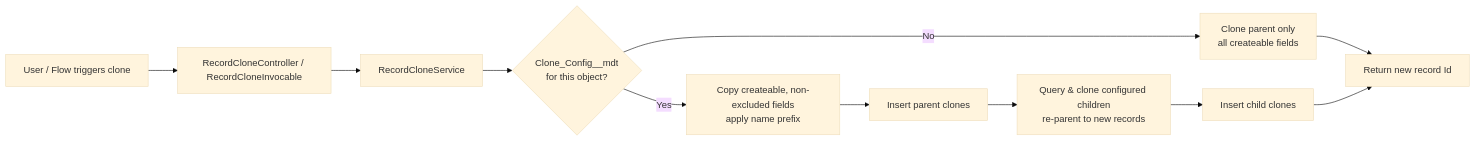
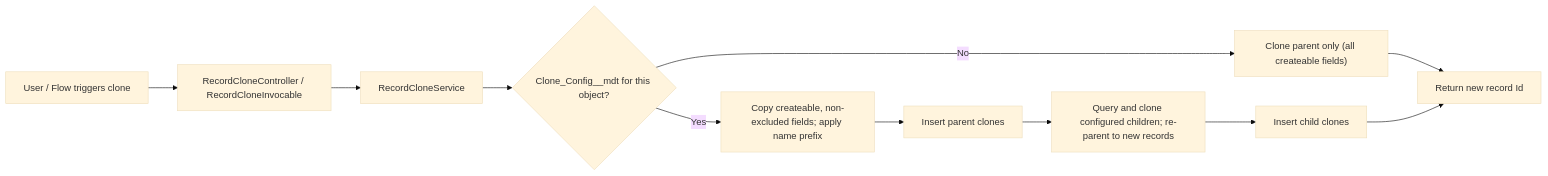
Before and after one commit to PriceFB/Deep-Clone-For-Salesforce: the diagram in README.md, drawn with Mermaid (base theme).

````diff
--- a/README.md
+++ b/README.md
@@ -67,13 +67,13 @@
 ```mermaid
 flowchart LR
-    A[User / Flow triggers clone] --> B[RecordCloneController / RecordCloneInvocable]
-    B --> C[RecordCloneService]
-    C --> D{Clone_Config__mdt<br/>for this object?}
-    D -- No --> E[Clone parent only<br/>all createable fields]
-    D -- Yes --> F[Copy createable, non-excluded fields<br/>apply name prefix]
-    F --> G[Insert parent clones]
-    G --> H[Query & clone configured children<br/>re-parent to new records]
-    H --> I[Insert child clones]
-    E --> J[Return new record Id]
+    A["User / Flow triggers clone"] --> B["RecordCloneController / RecordCloneInvocable"]
+    B --> C["RecordCloneService"]
+    C --> D{"Clone_Config__mdt for this object?"}
+    D -- No --> E["Clone parent only (all createable fields)"]
+    D -- Yes --> F["Copy createable, non-excluded fields; apply name prefix"]
+    F --> G["Insert parent clones"]
+    G --> H["Query and clone configured children; re-parent to new records"]
+    H --> I["Insert child clones"]
+    E --> J["Return new record Id"]
     I --> J
 ```
````
